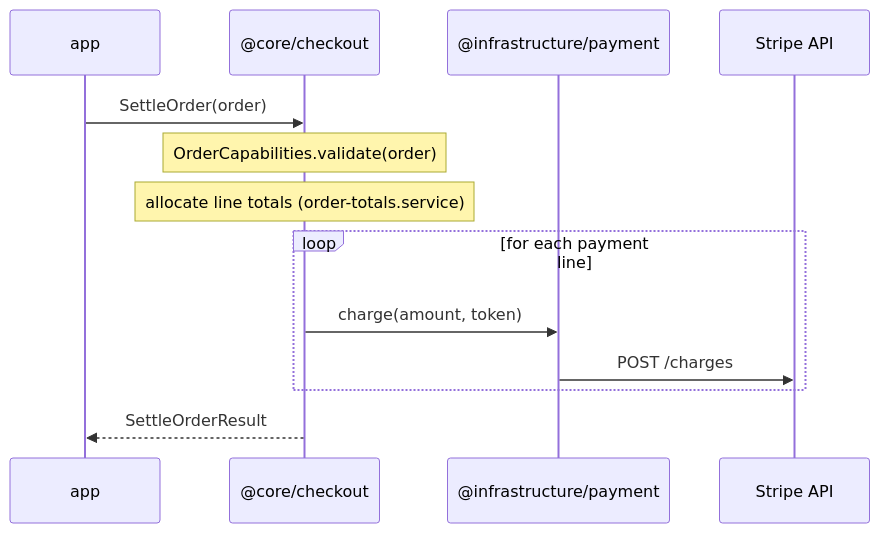
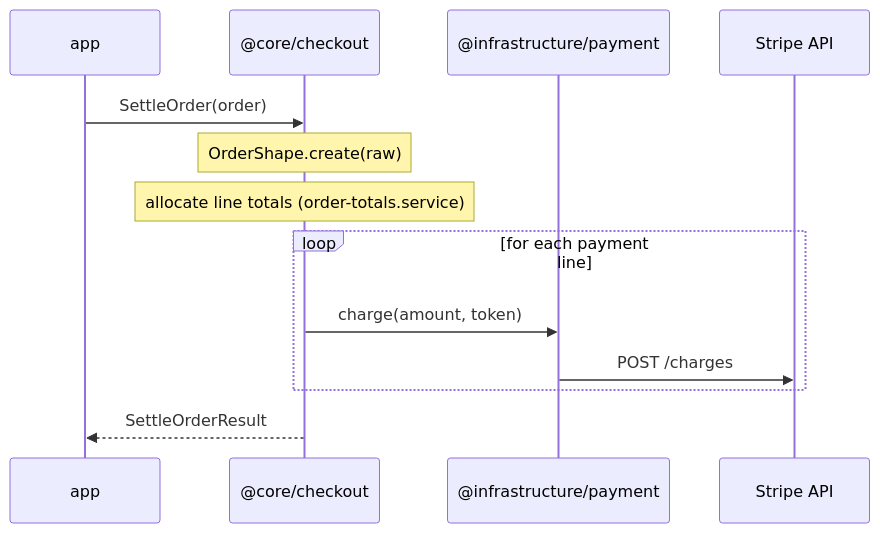
One commit to xndrjs/monorepo changed the second of 2 diagrams in .cursor/skills/clean-monorepo-feature-workflow/SKILL.md. Above: the diagram before and after it, drawn with Mermaid. The commit also changed other lines of this file and 5 other files, not shown here.

````diff
--- a/.cursor/skills/clean-monorepo-feature-workflow/SKILL.md
+++ b/.cursor/skills/clean-monorepo-feature-workflow/SKILL.md
@@ -147,19 +168,19 @@
 ```mermaid
 sequenceDiagram
     participant app
     participant core as @core/checkout
     participant infra as @infrastructure/payment
     participant stripe as Stripe API
 
     app->>core: SettleOrder(order)
 
-    Note over core: OrderCapabilities.validate(order)
+    Note over core: OrderShape.create(raw)
     Note over core: allocate line totals (order-totals.service)
 
     loop for each payment line
         core->>infra: charge(amount, token)
         infra->>stripe: POST /charges
     end
 
     core-->>app: SettleOrderResult
 ```
````
